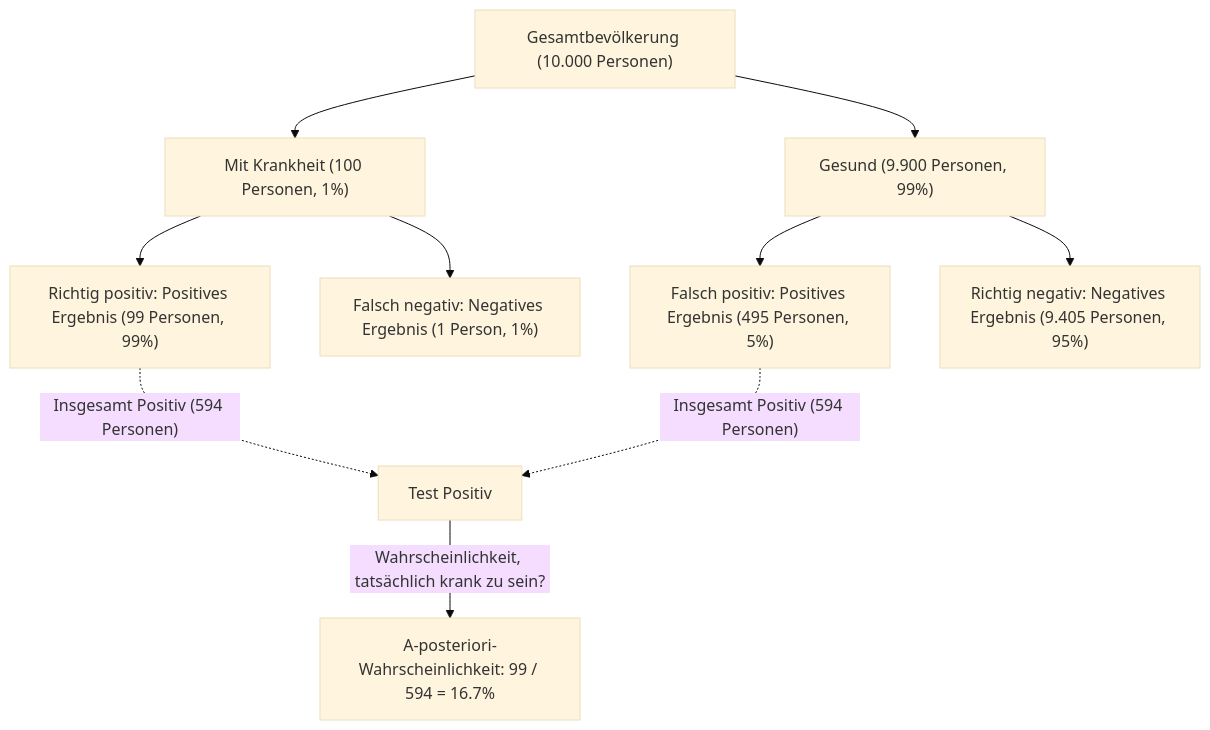
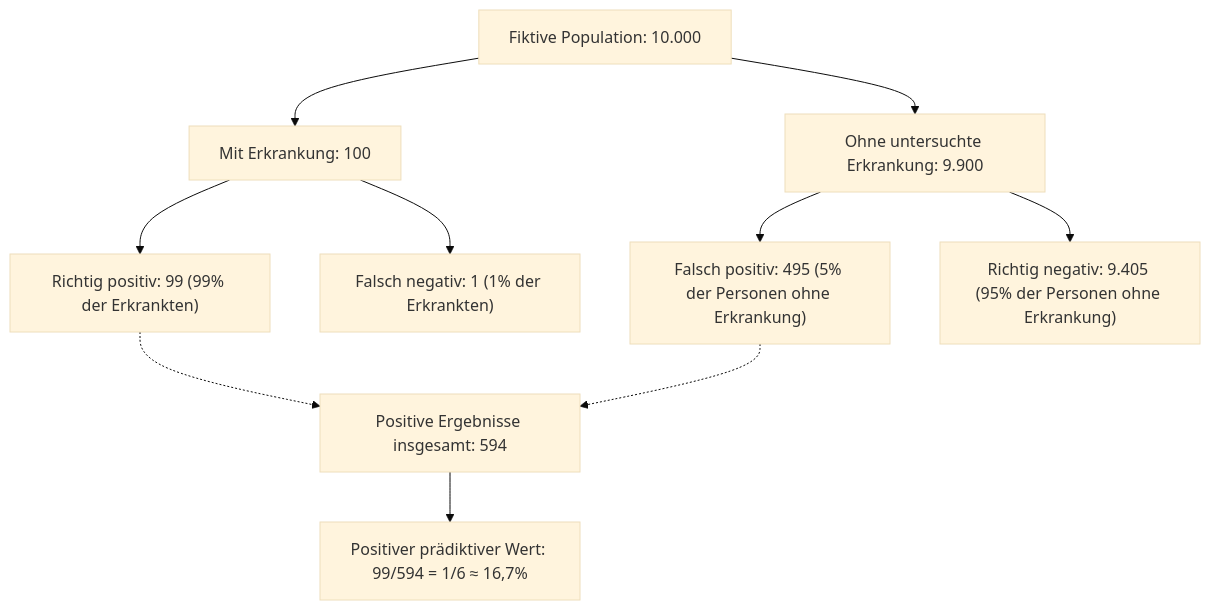
Before and after one commit to kenjinote/blog: the first of 2 diagrams in content/post/bayes-theorem/index.de.md, drawn with Mermaid (base theme). The commit also changed other lines of this file and 10 other files, not shown here.

````diff
--- a/content/post/bayes-theorem/index.de.md
+++ b/content/post/bayes-theorem/index.de.md
@@ -83,16 +114,12 @@
 ```mermaid
 flowchart TD
-    Population["Gesamtbevölkerung (10.000 Personen)"] --> Disease["Mit Krankheit (100 Personen, 1%)"]
-    Population --> Healthy["Gesund (9.900 Personen, 99%)"]
-    
-    Disease --> TruePositive["Richtig positiv: Positives Ergebnis (99 Personen, 99%)"]
-    Disease --> FalseNegative["Falsch negativ: Negatives Ergebnis (1 Person, 1%)"]
-    
-    Healthy --> FalsePositive["Falsch positiv: Positives Ergebnis (495 Personen, 5%)"]
-    Healthy --> TrueNegative["Richtig negativ: Negatives Ergebnis (9.405 Personen, 95%)"]
-
-    TruePositive -.->|"Insgesamt Positiv (594 Personen)"| AllPositives["Test Positiv"]
-    FalsePositive -.->|"Insgesamt Positiv (594 Personen)"| AllPositives
-    
-    AllPositives -->|"Wahrscheinlichkeit, tatsächlich krank zu sein?"| Posterior["A-posteriori-Wahrscheinlichkeit: 99 / 594 = 16.7%"]
+    Population["Fiktive Population: 10.000"] --> Disease["Mit Erkrankung: 100"]
+    Population --> NoDisease["Ohne untersuchte Erkrankung: 9.900"]
+    Disease --> TP["Richtig positiv: 99 (99% der Erkrankten)"]
+    Disease --> FN["Falsch negativ: 1 (1% der Erkrankten)"]
+    NoDisease --> FP["Falsch positiv: 495 (5% der Personen ohne Erkrankung)"]
+    NoDisease --> TN["Richtig negativ: 9.405 (95% der Personen ohne Erkrankung)"]
+    TP -.-> AllPositive["Positive Ergebnisse insgesamt: 594"]
+    FP -.-> AllPositive
+    AllPositive --> PPV["Positiver prädiktiver Wert: 99/594 = 1/6 ≈ 16,7%"]
 ```
````
